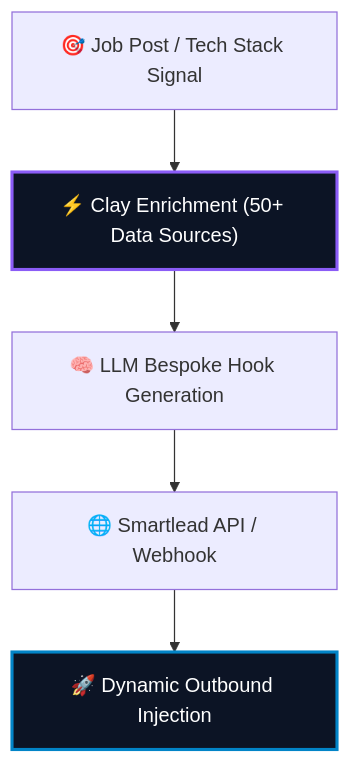
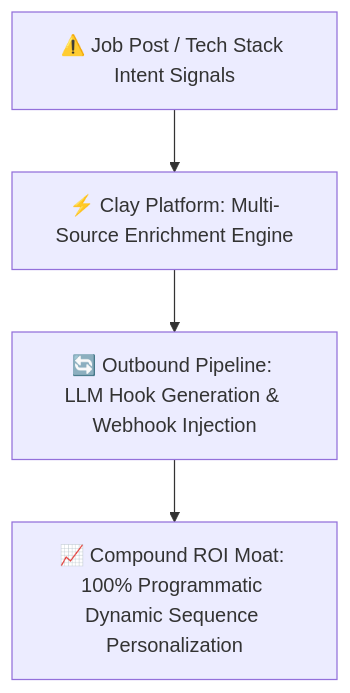
One commit to heliatech-media/saas-radar changed the third of 5 diagrams in site/src/content/blog/smartlead-vs-instantly-2026-b2b-cold-outreach.md. Above: the diagram before and after it, drawn with Mermaid. The commit also changed other lines of this file and 9 other files, not shown here.

Commit message:
feat(architecture): enforce universal executive architecture card standard across 100% of site diagrams

````diff
--- a/site/src/content/blog/smartlead-vs-instantly-2026-b2b-cold-outreach.md
+++ b/site/src/content/blog/smartlead-vs-instantly-2026-b2b-cold-outreach.md
@@ -126,9 +123,6 @@
 ```mermaid
 flowchart TD
-    Signal["🎯 Job Post / Tech Stack Signal"] --> Clay["⚡ Clay Enrichment (50+ Data Sources)"]
-    Clay --> LLM["🧠 LLM Bespoke Hook Generation"]
-    LLM --> Webhook["🌐 Smartlead API / Webhook"]
-    Webhook --> Sequence["🚀 Dynamic Outbound Injection"]
-    style Clay fill:#0c1425,stroke:#8b5cf6,stroke-width:2.5px,color:#ffffff
-    style Sequence fill:#0c1425,stroke:#0284c7,stroke-width:2.5px,color:#ffffff
+    Inp["⚠️ Job Post / Tech Stack Intent Signals"] --> Eng["⚡ Clay Platform: Multi-Source Enrichment Engine"]
+    Eng --> Pipe["🔄 Outbound Pipeline: LLM Hook Generation & Webhook Injection"]
+    Pipe --> Moat["📈 Compound ROI Moat: 100% Programmatic Dynamic Sequence Personalization"]
 ```
````
